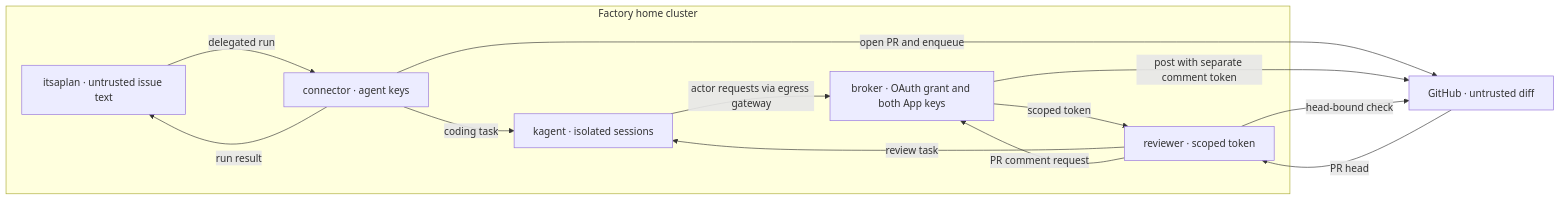
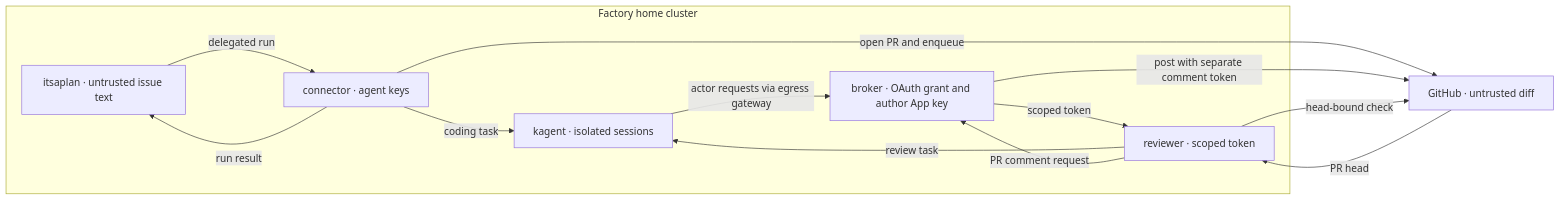
Before and after one commit to jomcgi-org/homelab: the first of 3 diagrams in projects/factory/ARCHITECTURE.md, drawn with Mermaid. The commit also changed other lines of this file and 18 other files, not shown here.

First line of the commit message:
feat(factory): isolate the reviewer App key in a dedicated broker

````diff
--- a/projects/factory/ARCHITECTURE.md
+++ b/projects/factory/ARCHITECTURE.md
@@ -7,21 +7,21 @@
 ```mermaid
 flowchart LR
   subgraph cluster["Factory home cluster"]
     itsaplan["itsaplan · untrusted issue text"]
     connector["connector · agent keys"]
     kagent["kagent · isolated sessions"]
-    broker["broker · OAuth grant and both App keys"]
+    broker["broker · OAuth grant and author App key"]
     reviewer["reviewer · scoped token"]
   end
   itsaplan -->|delegated run| connector
   connector -->|coding task| kagent
   kagent -->|actor requests via egress gateway| broker
   connector -->|open PR and enqueue| github["GitHub · untrusted diff"]
   github -->|PR head| reviewer
   reviewer -->|review task| kagent
   broker -->|scoped token| reviewer
   reviewer -->|PR comment request| broker
   broker -->|post with separate comment token| github
   reviewer -->|head-bound check| github
   connector -->|run result| itsaplan
 ```
````
